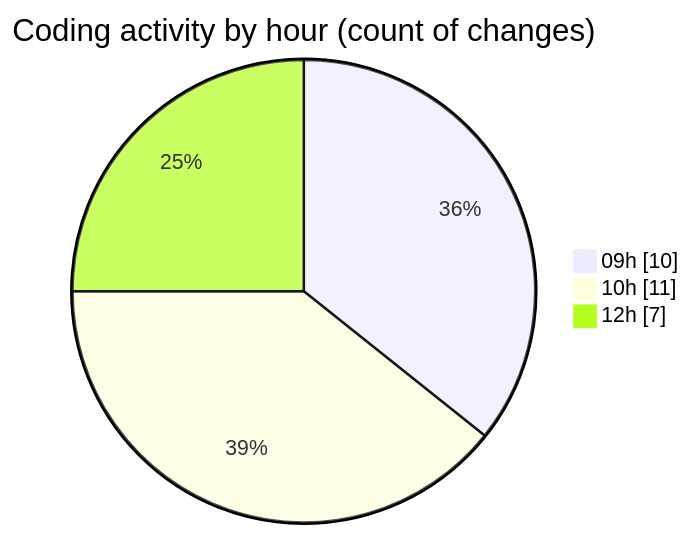
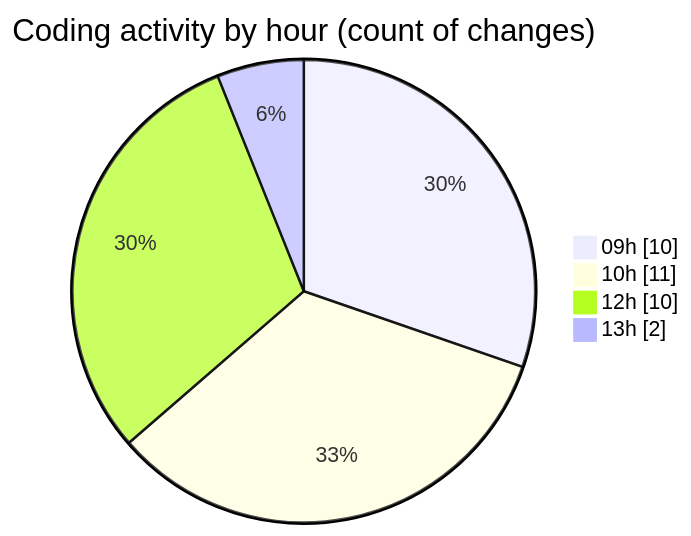
Before and after one commit to momahboobian/code-tracking: the second of 2 diagrams in 2025-09-12/cda/README.md, drawn with Mermaid. The commit also changed other lines of this file and 1 other file, not shown here.

````diff
--- a/2025-09-12/cda/README.md
+++ b/2025-09-12/cda/README.md
@@ -39,7 +41,8 @@
 ```mermaid
 pie showData
 title Coding activity by hour (count of changes)
 "09h" : 10
 "10h" : 11
-"12h" : 7
+"12h" : 10
+"13h" : 2
 ```
````
